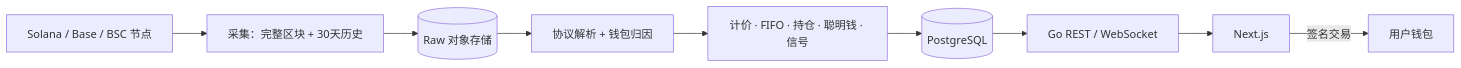
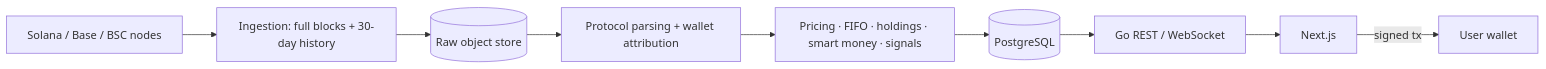
One commit to YYZ-coder/meme-radar-v0 changed the diagram in README.md. Above: the diagram before and after it, drawn with Mermaid. The commit also changed other lines of this file and 2 other files, not shown here.

````diff
--- a/README.md
+++ b/README.md
@@ -44,11 +44,11 @@
 ```mermaid
 flowchart LR
-    NODE["Solana / Base / BSC 节点"] --> COL["采集：完整区块 + 30天历史"]
-    COL --> RAW[("Raw 对象存储")]
-    RAW --> PAR["协议解析 + 钱包归因"]
-    PAR --> CALC["计价 · FIFO · 持仓 · 聪明钱 · 信号"]
+    NODE["Solana / Base / BSC nodes"] --> COL["Ingestion: full blocks + 30-day history"]
+    COL --> RAW[("Raw object store")]
+    RAW --> PAR["Protocol parsing + wallet attribution"]
+    PAR --> CALC["Pricing · FIFO · holdings · smart money · signals"]
     CALC --> DB[("PostgreSQL")]
     DB --> API["Go REST / WebSocket"]
     API --> WEB["Next.js"]
-    WEB -->|签名交易| W["用户钱包"]
+    WEB -->|signed tx| W["User wallet"]
 ```
````
